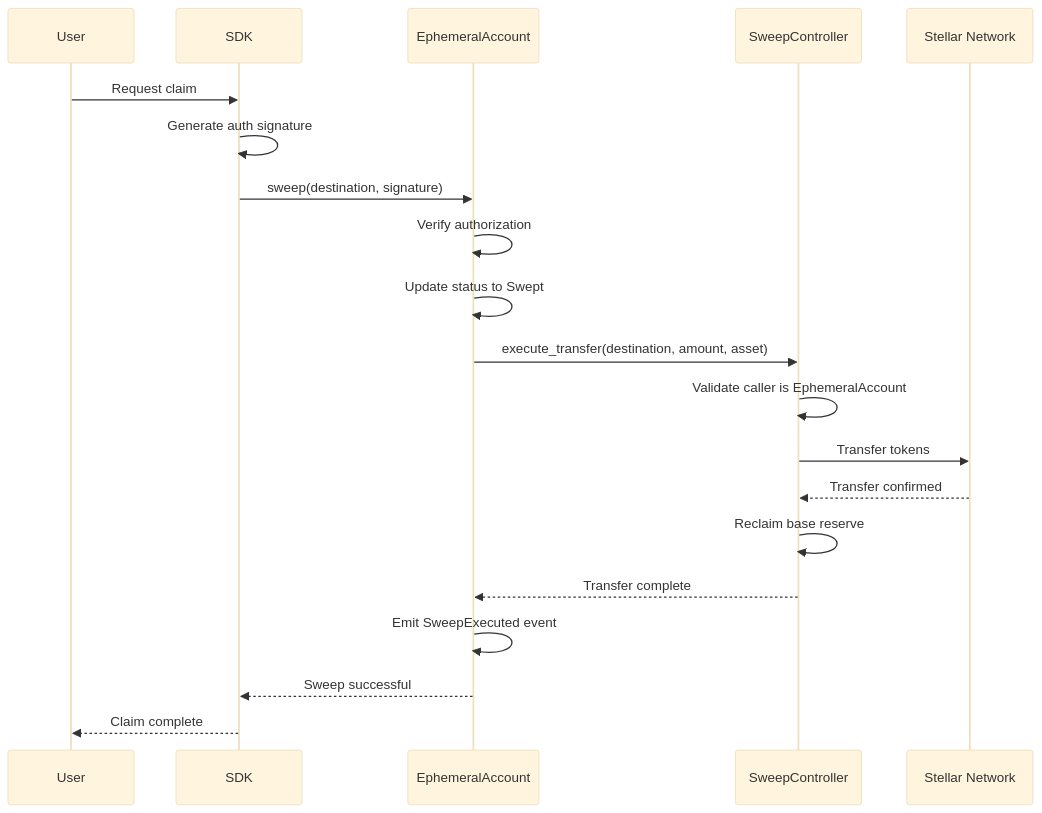
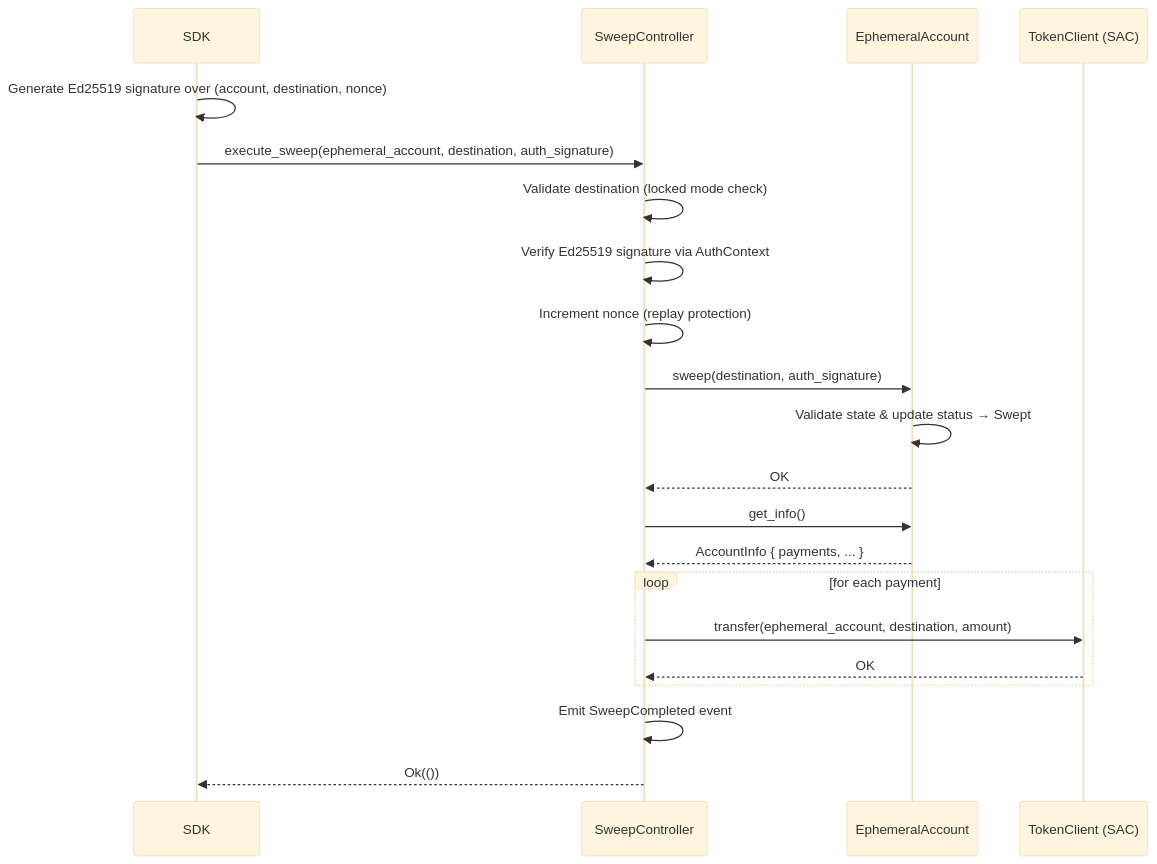
One commit to bridgelet-org/bridgelet-core changed the second of 5 diagrams in docs/architecture.md. Above: the diagram before and after it, drawn with Mermaid (base theme). The commit also changed other lines of this file, not shown here.

First line of the commit message:
docs: update architecture.md to reflect fully implemented contract suite

````diff
--- a/docs/architecture.md
+++ b/docs/architecture.md
@@ -534,23 +567,24 @@
 ```mermaid
 sequenceDiagram
-    participant User
     participant SDK
+    participant Sweep as SweepController
     participant Ephemeral as EphemeralAccount
-    participant Sweep as SweepController
-    participant Network as Stellar Network
+    participant Token as TokenClient (SAC)
 
-    User->>SDK: Request claim
-    SDK->>SDK: Generate auth signature
-    SDK->>Ephemeral: sweep(destination, signature)
-    Ephemeral->>Ephemeral: Verify authorization
-    Ephemeral->>Ephemeral: Update status to Swept
-    Ephemeral->>Sweep: execute_transfer(destination, amount, asset)
-    Sweep->>Sweep: Validate caller is EphemeralAccount
-    Sweep->>Network: Transfer tokens
-    Network-->>Sweep: Transfer confirmed
-    Sweep->>Sweep: Reclaim base reserve
-    Sweep-->>Ephemeral: Transfer complete
-    Ephemeral->>Ephemeral: Emit SweepExecuted event
-    Ephemeral-->>SDK: Sweep successful
-    SDK-->>User: Claim complete
+    SDK->>SDK: Generate Ed25519 signature over (account, destination, nonce)
+    SDK->>Sweep: execute_sweep(ephemeral_account, destination, auth_signature)
+    Sweep->>Sweep: Validate destination (locked mode check)
+    Sweep->>Sweep: Verify Ed25519 signature via AuthContext
+    Sweep->>Sweep: Increment nonce (replay protection)
+    Sweep->>Ephemeral: sweep(destination, auth_signature)
+    Ephemeral->>Ephemeral: Validate state & update status → Swept
+    Ephemeral-->>Sweep: OK
+    Sweep->>Ephemeral: get_info()
+    Ephemeral-->>Sweep: AccountInfo { payments, ... }
+    loop for each payment
+        Sweep->>Token: transfer(ephemeral_account, destination, amount)
+        Token-->>Sweep: OK
+    end
+    Sweep->>Sweep: Emit SweepCompleted event
+    Sweep-->>SDK: Ok(())
 ```
````
